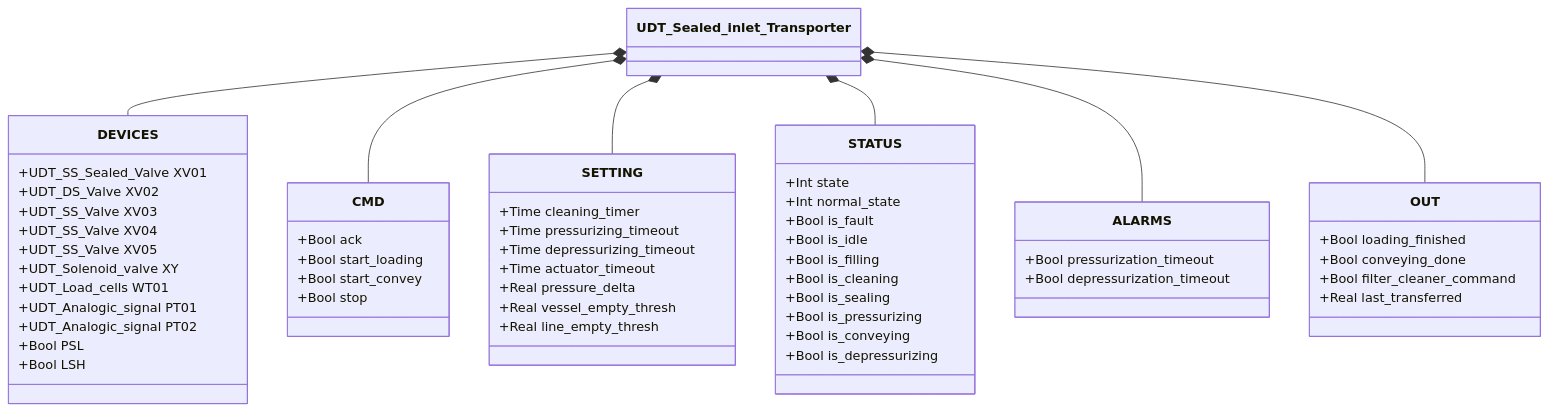
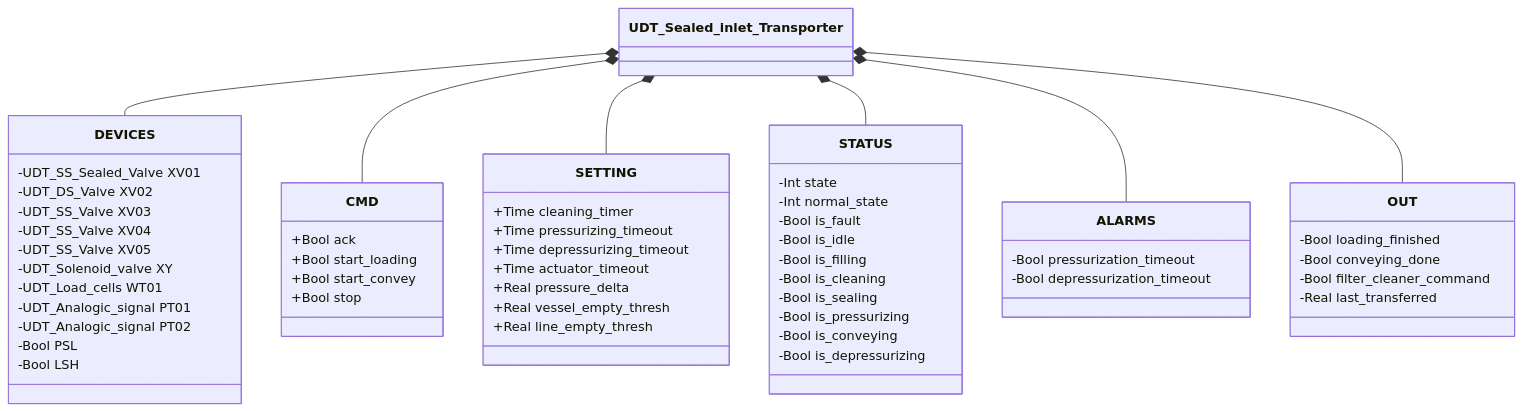
Before and after one commit to AleFire99/TIA_knowledge: the first of 2 diagrams in docs/it/library/transporters/sealed-inlet/index.md, drawn with Mermaid. The commit also changed other lines of this file and 14 other files, not shown here.

````diff
--- a/docs/it/library/transporters/sealed-inlet/index.md
+++ b/docs/it/library/transporters/sealed-inlet/index.md
@@ -146,60 +35,60 @@
 ```mermaid
 classDiagram
     class UDT_Sealed_inlet_Transporter
     class DEVICES {
-        +UDT_SS_Sealed_Valve XV01
-        +UDT_DS_Valve XV02
-        +UDT_SS_Valve XV03
-        +UDT_SS_Valve XV04
-        +UDT_SS_Valve XV05
-        +UDT_Solenoid_valve XY
-        +UDT_Load_cells WT01
-        +UDT_Analogic_signal PT01
-        +UDT_Analogic_signal PT02
-        +Bool PSL
-        +Bool LSH
+        -UDT_SS_Sealed_Valve XV01
+        -UDT_DS_Valve XV02
+        -UDT_SS_Valve XV03
+        -UDT_SS_Valve XV04
+        -UDT_SS_Valve XV05
+        -UDT_Solenoid_valve XY
+        -UDT_Load_cells WT01
+        -UDT_Analogic_signal PT01
+        -UDT_Analogic_signal PT02
+        -Bool PSL
+        -Bool LSH
     }
     class CMD {
         +Bool ack
         +Bool start_loading
         +Bool start_convey
         +Bool stop
     }
     class SETTING {
         +Time cleaning_timer
         +Time pressurizing_timeout
         +Time depressurizing_timeout
         +Time actuator_timeout
         +Real pressure_delta
         +Real vessel_empty_thresh
         +Real line_empty_thresh
     }
     class STATUS {
-        +Int state
-        +Int normal_state
-        +Bool is_fault
-        +Bool is_idle
-        +Bool is_filling
-        +Bool is_cleaning
-        +Bool is_sealing
-        +Bool is_pressurizing
-        +Bool is_conveying
-        +Bool is_depressurizing
+        -Int state
+        -Int normal_state
+        -Bool is_fault
+        -Bool is_idle
+        -Bool is_filling
+        -Bool is_cleaning
+        -Bool is_sealing
+        -Bool is_pressurizing
+        -Bool is_conveying
+        -Bool is_depressurizing
     }
     class ALARMS {
-        +Bool pressurization_timeout
-        +Bool depressurization_timeout
+        -Bool pressurization_timeout
+        -Bool depressurization_timeout
     }
     class OUT {
-        +Bool loading_finished
-        +Bool conveying_done
-        +Bool filter_cleaner_command
-        +Real last_transferred
+        -Bool loading_finished
+        -Bool conveying_done
+        -Bool filter_cleaner_command
+        -Real last_transferred
     }
     UDT_Sealed_inlet_Transporter *-- DEVICES
     UDT_Sealed_inlet_Transporter *-- CMD
     UDT_Sealed_inlet_Transporter *-- SETTING
     UDT_Sealed_inlet_Transporter *-- STATUS
     UDT_Sealed_inlet_Transporter *-- ALARMS
     UDT_Sealed_inlet_Transporter *-- OUT
 ```
````
